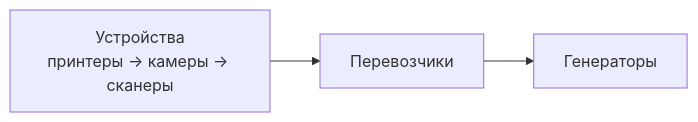
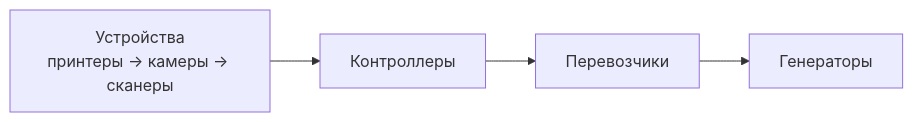
The first of 2 diagrams in docs/line_emulator/bulk-control.md (Kellerian/ProdLineVirt), drawn with Mermaid before and after one commit. The commit also changed other lines of this file and 49 other files, not shown here.

````diff
--- a/docs/line_emulator/bulk-control.md
+++ b/docs/line_emulator/bulk-control.md
@@ -63,5 +66,6 @@
 ```mermaid
 flowchart LR
-    D["Устройства\nпринтеры → камеры → сканеры"] --> T["Перевозчики"]
+    D["Устройства\nпринтеры → камеры → сканеры"] --> C["Контроллеры"]
+    C --> T["Перевозчики"]
     T --> G["Генераторы"]
 ```
````
